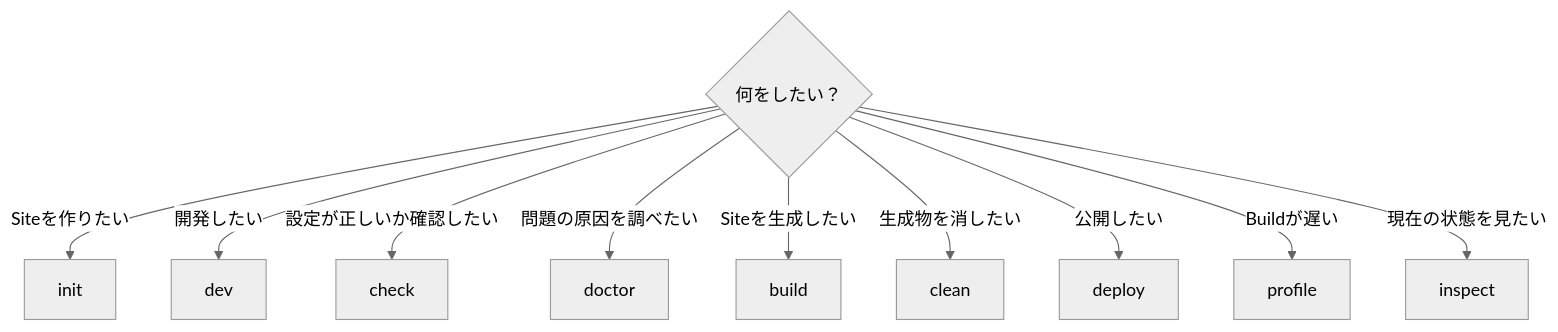
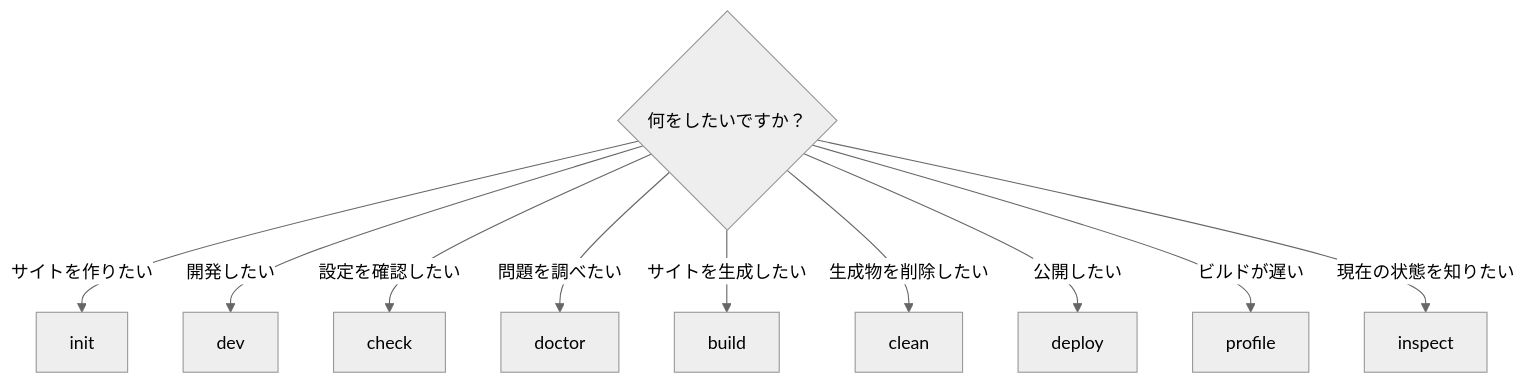
Before and after one commit to Rerurate514/riebeckite: the first of 6 diagrams in docs/docs/reference/cli.ja.md, drawn with Mermaid (neutral theme). The commit also changed other lines of this file and 310 other files, not shown here.

````diff
--- a/docs/docs/reference/cli.ja.md
+++ b/docs/docs/reference/cli.ja.md
@@ -61,14 +51,14 @@
 ```mermaid id="ctqx7e"
 flowchart TD
-    Q{"何をしたい？"}
+    Q{"何をしたいですか？"}
 
-    Q -->|"Siteを作りたい"| Init["init"]
+    Q -->|"サイトを作りたい"| Init["init"]
     Q -->|"開発したい"| Dev["dev"]
-    Q -->|"設定が正しいか確認したい"| Check["check"]
-    Q -->|"問題の原因を調べたい"| Doctor["doctor"]
-    Q -->|"Siteを生成したい"| Build["build"]
-    Q -->|"生成物を消したい"| Clean["clean"]
+    Q -->|"設定を確認したい"| Check["check"]
+    Q -->|"問題を調べたい"| Doctor["doctor"]
+    Q -->|"サイトを生成したい"| Build["build"]
+    Q -->|"生成物を削除したい"| Clean["clean"]
     Q -->|"公開したい"| Deploy["deploy"]
-    Q -->|"Buildが遅い"| Profile["profile"]
-    Q -->|"現在の状態を見たい"| Inspect["inspect"]
+    Q -->|"ビルドが遅い"| Profile["profile"]
+    Q -->|"現在の状態を知りたい"| Inspect["inspect"]
 ```
````
